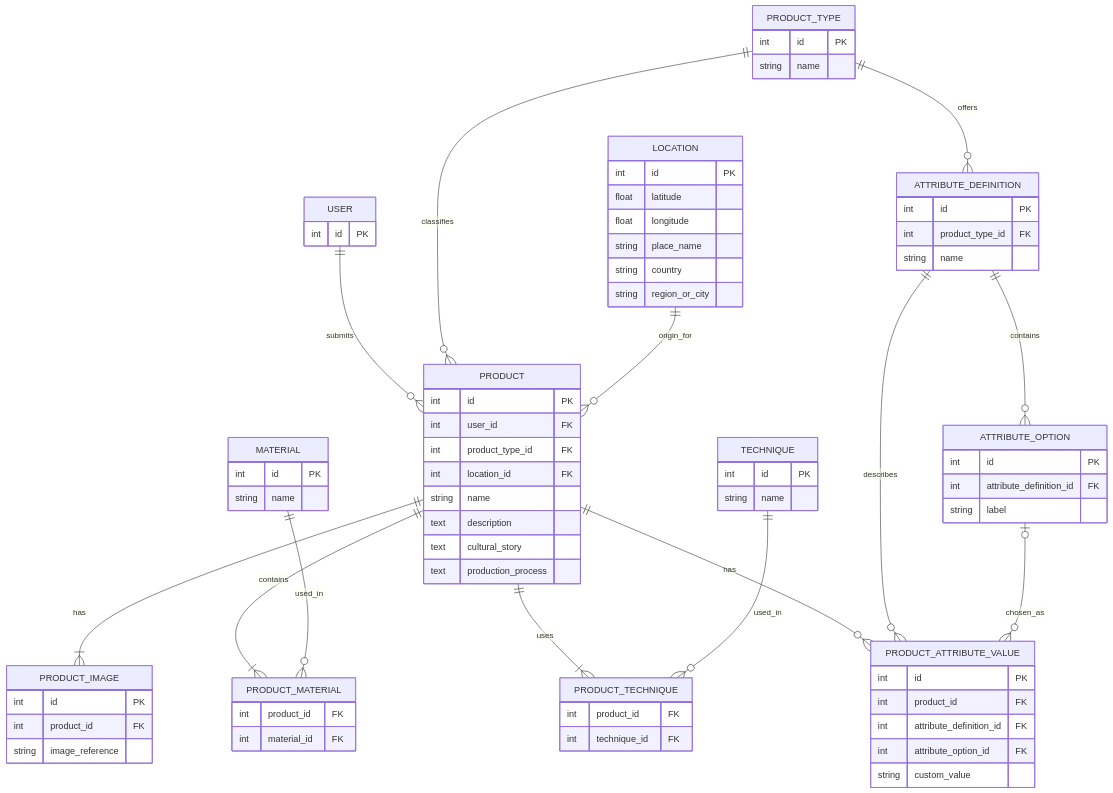
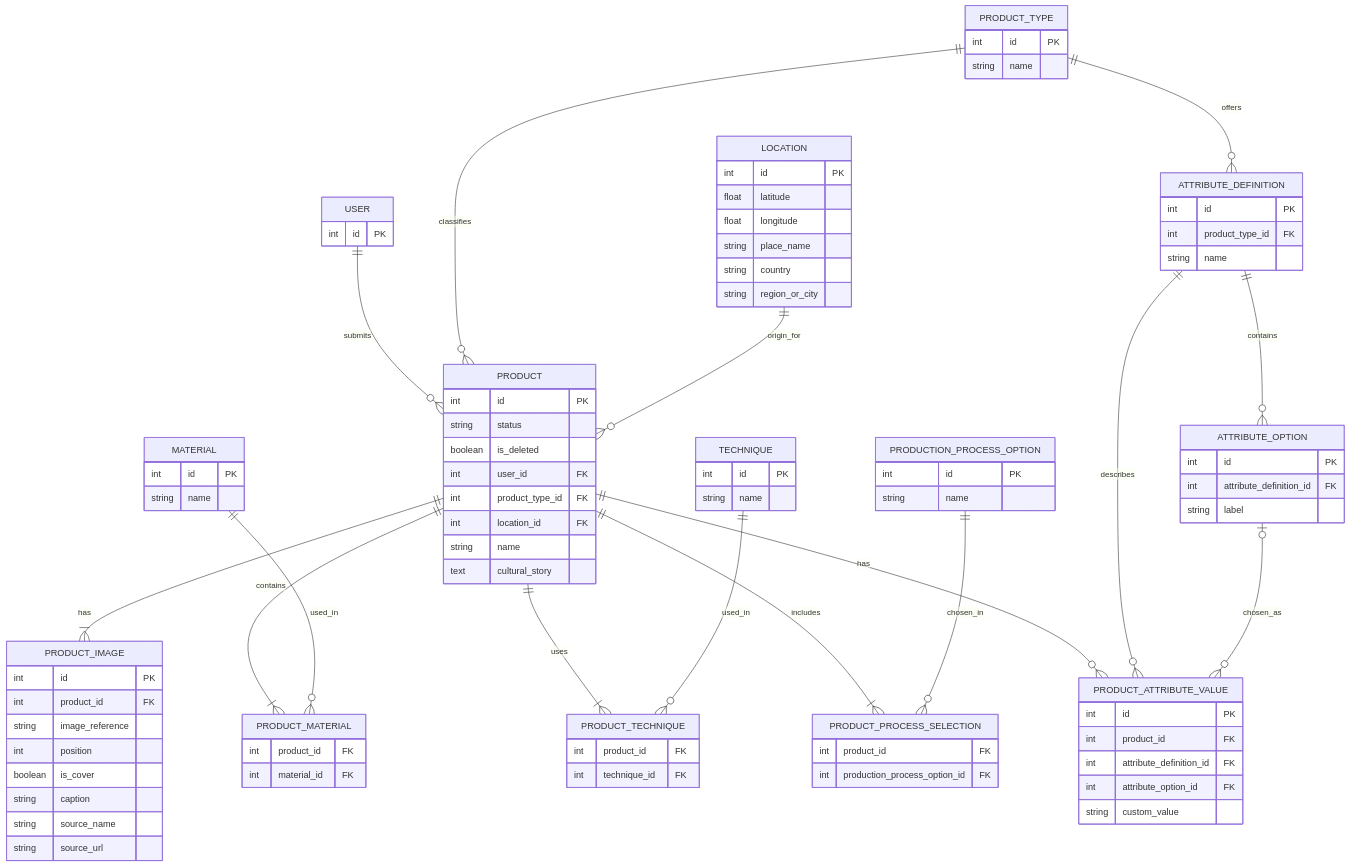
Before and after one commit to ElSuSu/SWE573_SOFTWARE_DEVELOPMENT_PRACTICE: the diagram in docs/data-model.md, drawn with Mermaid. The commit also changed other lines of this file, not shown here.

```diff
--- a/docs/data-model.md
+++ b/docs/data-model.md
@@ -27,6 +27,8 @@
     MATERIAL ||--o{ PRODUCT_MATERIAL : used_in
     PRODUCT ||--|{ PRODUCT_TECHNIQUE : uses
     TECHNIQUE ||--o{ PRODUCT_TECHNIQUE : used_in
+    PRODUCT ||--|{ PRODUCT_PROCESS_SELECTION : includes
+    PRODUCTION_PROCESS_OPTION ||--o{ PRODUCT_PROCESS_SELECTION : chosen_in
 
     PRODUCT_TYPE ||--o{ ATTRIBUTE_DEFINITION : offers
     ATTRIBUTE_DEFINITION ||--o{ ATTRIBUTE_OPTION : contains
@@ -39,13 +41,13 @@
     }
     PRODUCT {
         int id PK
+        string status
+        boolean is_deleted
         int user_id FK
         int product_type_id FK
         int location_id FK
         string name
-        text description
         text cultural_story
-        text production_process
     }
     PRODUCT_TYPE {
         int id PK
@@ -63,6 +65,11 @@
         int id PK
         int product_id FK
         string image_reference
+        int position
+        boolean is_cover
+        string caption
+        string source_name
+        string source_url
     }
     MATERIAL {
         int id PK
@@ -71,6 +78,14 @@
     PRODUCT_MATERIAL {
         int product_id FK
         int material_id FK
+    }
+    PRODUCTION_PROCESS_OPTION {
+        int id PK
+        string name
+    }
+    PRODUCT_PROCESS_SELECTION {
+        int product_id FK
+        int production_process_option_id FK
     }
     TECHNIQUE {
         int id PK
```
